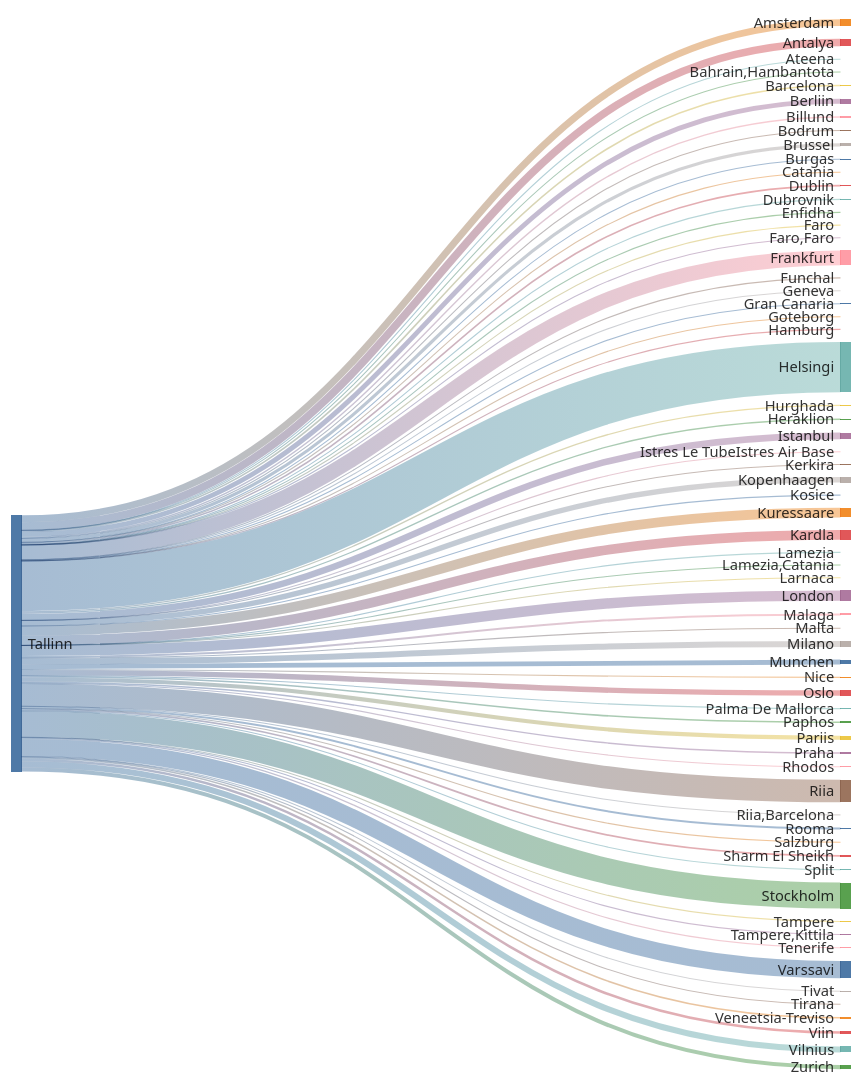
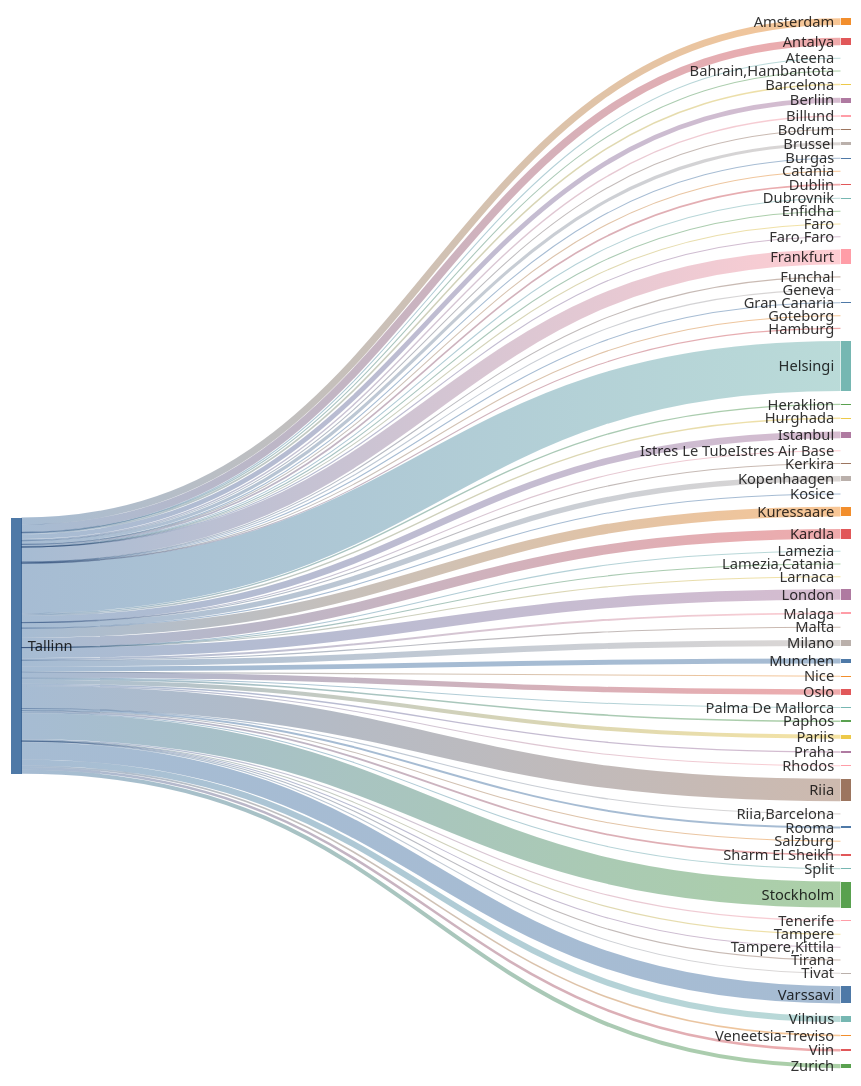
One commit to rainermesi/tll-airport-departures changed the second of 2 diagrams in README.md. Above: the diagram before and after it, drawn with Mermaid. The commit also changed other lines of this file, not shown here.

````diff
--- a/README.md
+++ b/README.md
@@ -34,77 +34,77 @@
 ```mermaid
 ---
 config:
   sankey:
     showValues: false
     width: 800
     height: 1000
 ---
 sankey-beta
 %% source,target,value
-Tallinn,Amsterdam,241
+Tallinn,Amsterdam,242
 Tallinn,Antalya,267
 Tallinn,Ateena,16
 Tallinn,"Bahrain,Hambantota",1
 Tallinn,Barcelona,55
-Tallinn,Berliin,168
+Tallinn,Berliin,169
 Tallinn,Billund,49
 Tallinn,Bodrum,11
 Tallinn,Brussel,110
 Tallinn,Burgas,21
 Tallinn,Catania,2
-Tallinn,Dublin,56
+Tallinn,Dublin,57
 Tallinn,Dubrovnik,21
 Tallinn,Enfidha,7
 Tallinn,Faro,4
 Tallinn,"Faro,Faro",1
-Tallinn,Frankfurt,514
+Tallinn,Frankfurt,516
 Tallinn,Funchal,5
-Tallinn,Geneva,7
+Tallinn,Geneva,8
 Tallinn,Gran Canaria,27
 Tallinn,Goteborg,1
 Tallinn,Hamburg,1
-Tallinn,Helsingi,1740
+Tallinn,Helsingi,1746
 Tallinn,Heraklion,46
-Tallinn,Hurghada,44
-Tallinn,Istanbul,229
+Tallinn,Hurghada,46
+Tallinn,Istanbul,230
 Tallinn,Istres Le TubeIstres Air Base,2
 Tallinn,Kerkira,4
 Tallinn,Kopenhaagen,187
 Tallinn,Kosice,1
-Tallinn,Kuressaare,337
-Tallinn,Kardla,337
+Tallinn,Kuressaare,338
+Tallinn,Kardla,338
 Tallinn,Lamezia,1
 Tallinn,"Lamezia,Catania",3
 Tallinn,Larnaca,4
-Tallinn,London,361
+Tallinn,London,364
 Tallinn,Malaga,69
 Tallinn,Malta,15
-Tallinn,Milano,207
-Tallinn,Munchen,167
+Tallinn,Milano,208
+Tallinn,Munchen,168
 Tallinn,Nice,25
 Tallinn,Oslo,188
 Tallinn,Palma De Mallorca,19
 Tallinn,Paphos,55
 Tallinn,Pariis,141
 Tallinn,Praha,49
 Tallinn,Rhodos,32
-Tallinn,Riia,778
+Tallinn,Riia,782
 Tallinn,"Riia,Barcelona",1
 Tallinn,Rooma,69
-Tallinn,Salzburg,8
-Tallinn,Sharm El Sheikh,60
+Tallinn,Salzburg,9
+Tallinn,Sharm El Sheikh,61
 Tallinn,Split,25
-Tallinn,Stockholm,902
+Tallinn,Stockholm,905
 Tallinn,Tampere,17
-Tallinn,"Tampere,Kittila",10
+Tallinn,"Tampere,Kittila",11
 Tallinn,Tenerife,42
 Tallinn,Tirana,8
 Tallinn,Tivat,26
-Tallinn,Varssavi,599
+Tallinn,Varssavi,602
 Tallinn,Veneetsia-Treviso,56
-Tallinn,Viin,89
+Tallinn,Viin,90
 Tallinn,Vilnius,212
-Tallinn,Zurich,140
+Tallinn,Zurich,141
 
 
 ```
````
